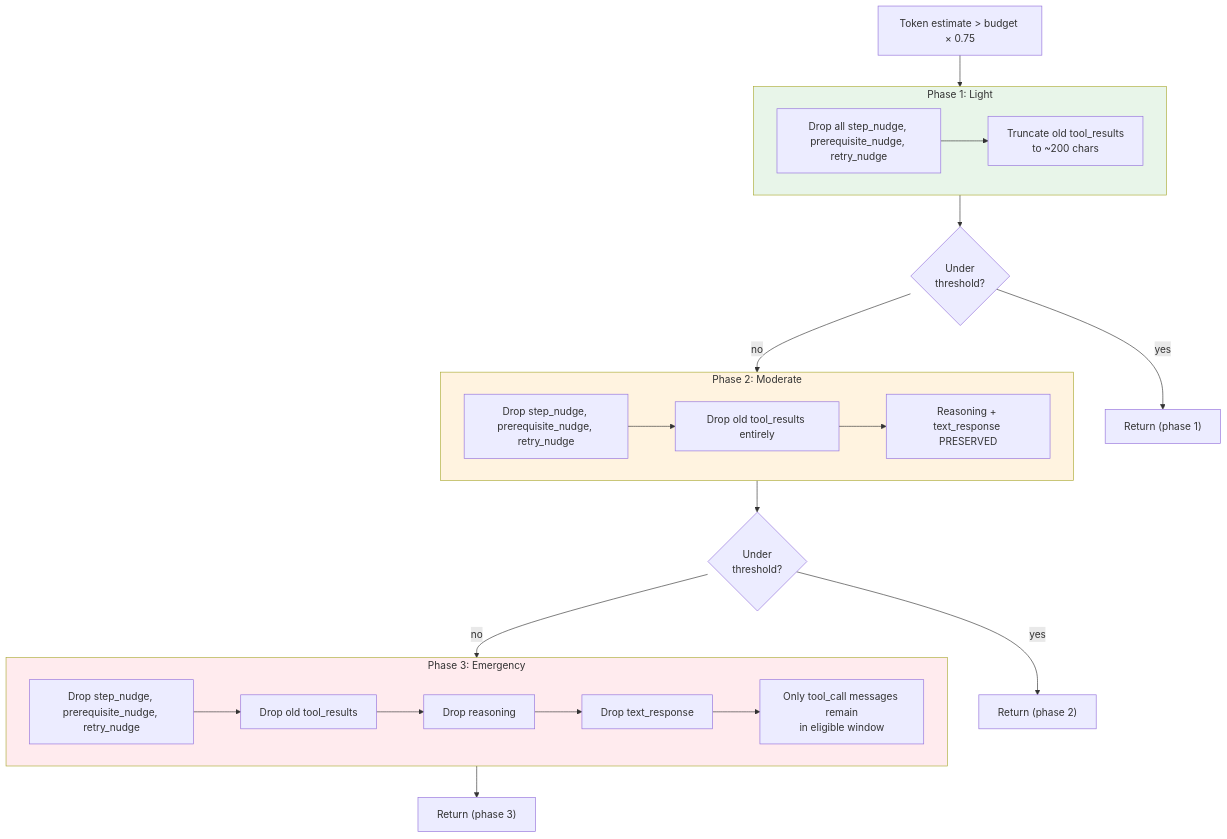
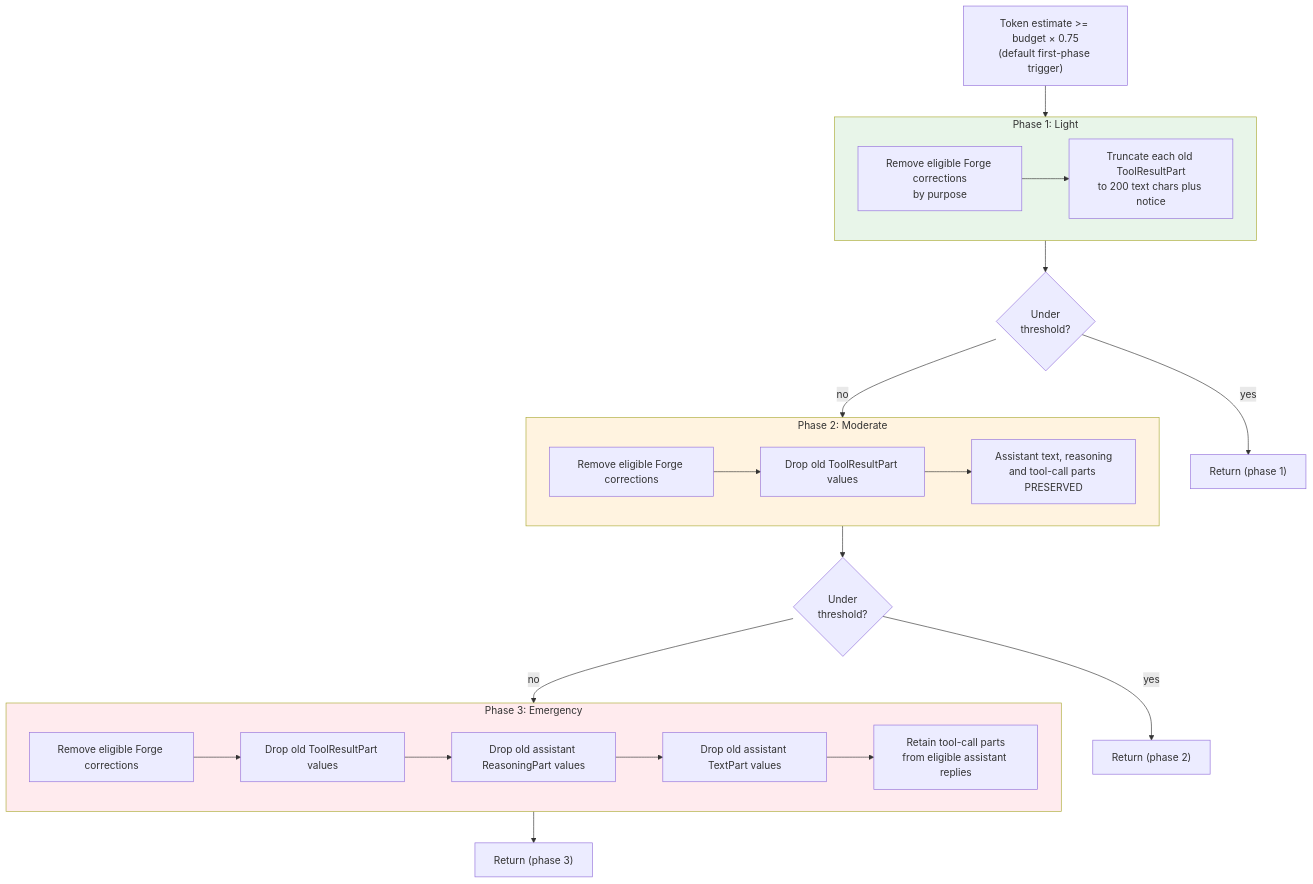
The third of 7 diagrams in docs/WORKFLOW.md (antoinezambelli/forge), drawn with Mermaid before and after one commit. The commit also changed other lines of this file and 7 other files, not shown here.

````diff
--- a/docs/WORKFLOW.md
+++ b/docs/WORKFLOW.md
@@ -120,42 +120,42 @@
 ```mermaid
 flowchart TD
-    TRIGGER["Token estimate > budget × 0.75"]
+    TRIGGER["Token estimate >= budget × 0.75<br/>(default first-phase trigger)"]
 
     subgraph P1["Phase 1: Light"]
-        P1A["Drop all step_nudge, prerequisite_nudge, retry_nudge"]
-        P1B["Truncate old tool_results<br/>to ~200 chars"]
+        P1A["Remove eligible Forge corrections<br/>by purpose"]
+        P1B["Truncate each old ToolResultPart<br/>to 200 text chars plus notice"]
         P1A --> P1B
     end
 
     subgraph P2["Phase 2: Moderate"]
-        P2A["Drop step_nudge, prerequisite_nudge, retry_nudge"]
-        P2B["Drop old tool_results entirely"]
-        P2C["Reasoning + text_response PRESERVED"]
+        P2A["Remove eligible Forge corrections"]
+        P2B["Drop old ToolResultPart values"]
+        P2C["Assistant text, reasoning<br/>and tool-call parts PRESERVED"]
         P2A --> P2B --> P2C
     end
 
     subgraph P3["Phase 3: Emergency"]
-        P3A["Drop step_nudge, prerequisite_nudge, retry_nudge"]
-        P3B["Drop old tool_results"]
-        P3C["Drop reasoning"]
-        P3D["Drop text_response"]
-        P3E["Only tool_call messages remain<br/>in eligible window"]
+        P3A["Remove eligible Forge corrections"]
+        P3B["Drop old ToolResultPart values"]
+        P3C["Drop old assistant ReasoningPart values"]
+        P3D["Drop old assistant TextPart values"]
+        P3E["Retain tool-call parts<br/>from eligible assistant replies"]
         P3A --> P3B --> P3C --> P3D --> P3E
     end
 
     CHECK1{"Under<br/>threshold?"}
     CHECK2{"Under<br/>threshold?"}
 
     TRIGGER --> P1
     P1 --> CHECK1
     CHECK1 -- "yes" --> DONE1["Return (phase 1)"]
     CHECK1 -- "no" --> P2
     P2 --> CHECK2
     CHECK2 -- "yes" --> DONE2["Return (phase 2)"]
     CHECK2 -- "no" --> P3
     P3 --> DONE3["Return (phase 3)"]
 
     style P1 fill:#e8f5e9
     style P2 fill:#fff3e0
     style P3 fill:#ffebee
 ```
````
